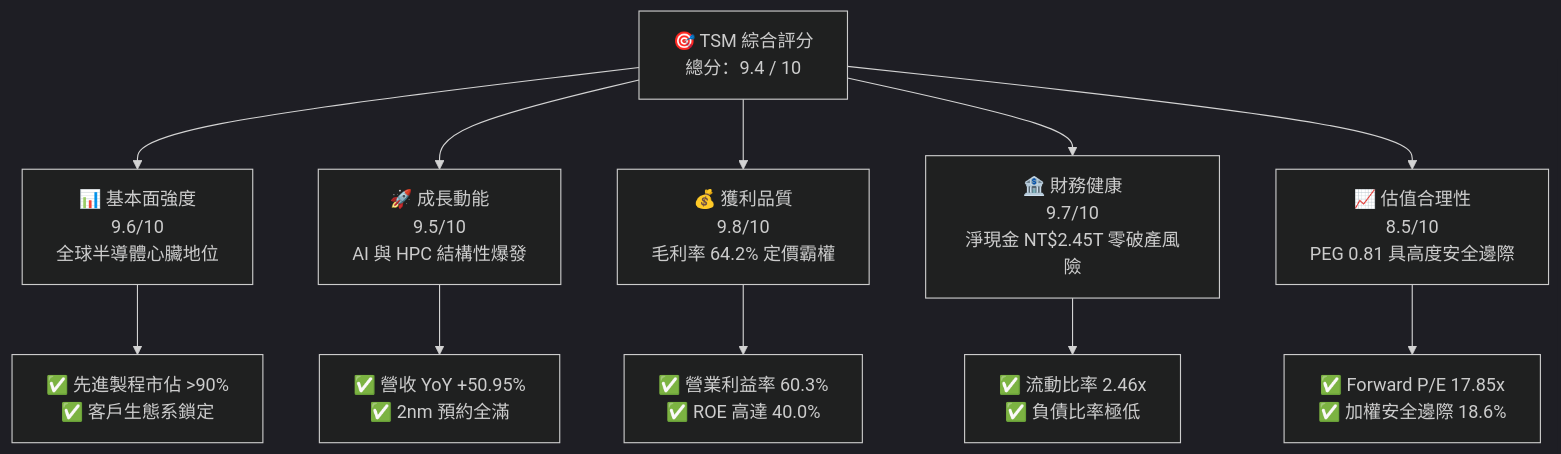
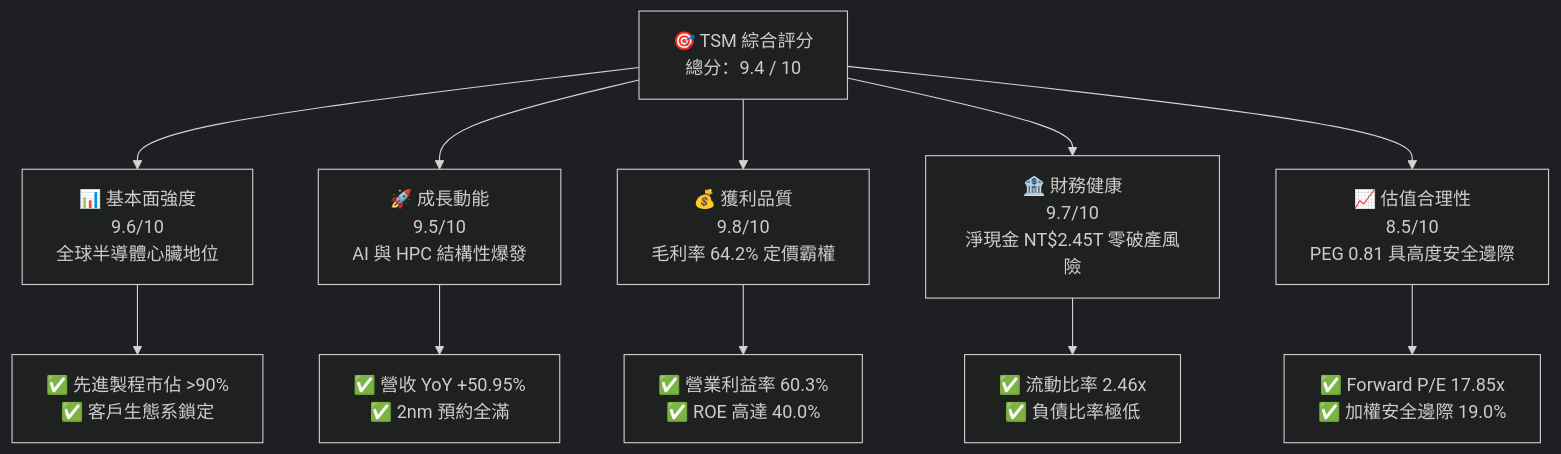
Before and after one commit to yennanliu/finance_data: the first of 15 diagrams in ai_gen_report/fundamental/tsm/fundamental_analysis_2026-10-16_gemini.md, drawn with Mermaid (dark theme). The commit also changed other lines of this file and 339 other files, not shown here.

````diff
--- a/ai_gen_report/fundamental/tsm/fundamental_analysis_2026-10-16_gemini.md
+++ b/ai_gen_report/fundamental/tsm/fundamental_analysis_2026-10-16_gemini.md
@@ -66,22 +73,22 @@
 ```mermaid
 graph TD
     TICKER["🎯 TSM 綜合評分<br/>總分：9.4 / 10"]
 
     F["📊 基本面強度<br/>9.6/10<br/>全球半導體心臟地位"]
     G["🚀 成長動能<br/>9.5/10<br/>AI 與 HPC 結構性爆發"]
     P["💰 獲利品質<br/>9.8/10<br/>毛利率 64.2% 定價霸權"]
     B["🏦 財務健康<br/>9.7/10<br/>淨現金 NT$2.45T 零破產風險"]
     V["📈 估值合理性<br/>8.5/10<br/>PEG 0.81 具高度安全邊際"]
 
     TICKER --> F
     TICKER --> G
     TICKER --> P
     TICKER --> B
     TICKER --> V
 
     F --> F1["✅ 先進製程市佔 >90%<br/>✅ 客戶生態系鎖定"]
     G --> G1["✅ 營收 YoY +50.95%<br/>✅ 2nm 預約全滿"]
     P --> P1["✅ 營業利益率 60.3%<br/>✅ ROE 高達 40.0%"]
     B --> B1["✅ 流動比率 2.46x<br/>✅ 負債比率極低"]
-    V --> V1["✅ Forward P/E 17.85x<br/>✅ 加權安全邊際 18.6%"]
+    V --> V1["✅ Forward P/E 17.85x<br/>✅ 加權安全邊際 19.0%"]
 ```
````
